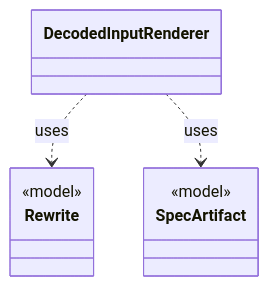
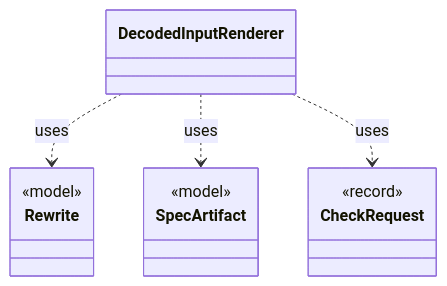
One commit to tlaplus/model-checker-hardening changed the diagram in dev/types/io.github.tlaplus.hardening.cli.DecodedInputRenderer.md. Above: the diagram before and after it, drawn with Mermaid. The commit also changed other lines of this file and 408 other files, not shown here.

````diff
--- a/dev/types/io.github.tlaplus.hardening.cli.DecodedInputRenderer.md
+++ b/dev/types/io.github.tlaplus.hardening.cli.DecodedInputRenderer.md
@@ -7,12 +7,16 @@
 ```mermaid
 classDiagram
   class DecodedInputRenderer
   class Rewrite {
     <<model>>
   }
   class SpecArtifact {
     <<model>>
   }
+  class CheckRequest {
+    <<record>>
+  }
   DecodedInputRenderer ..> Rewrite : uses
   DecodedInputRenderer ..> SpecArtifact : uses
+  DecodedInputRenderer ..> CheckRequest : uses
 ```
````
